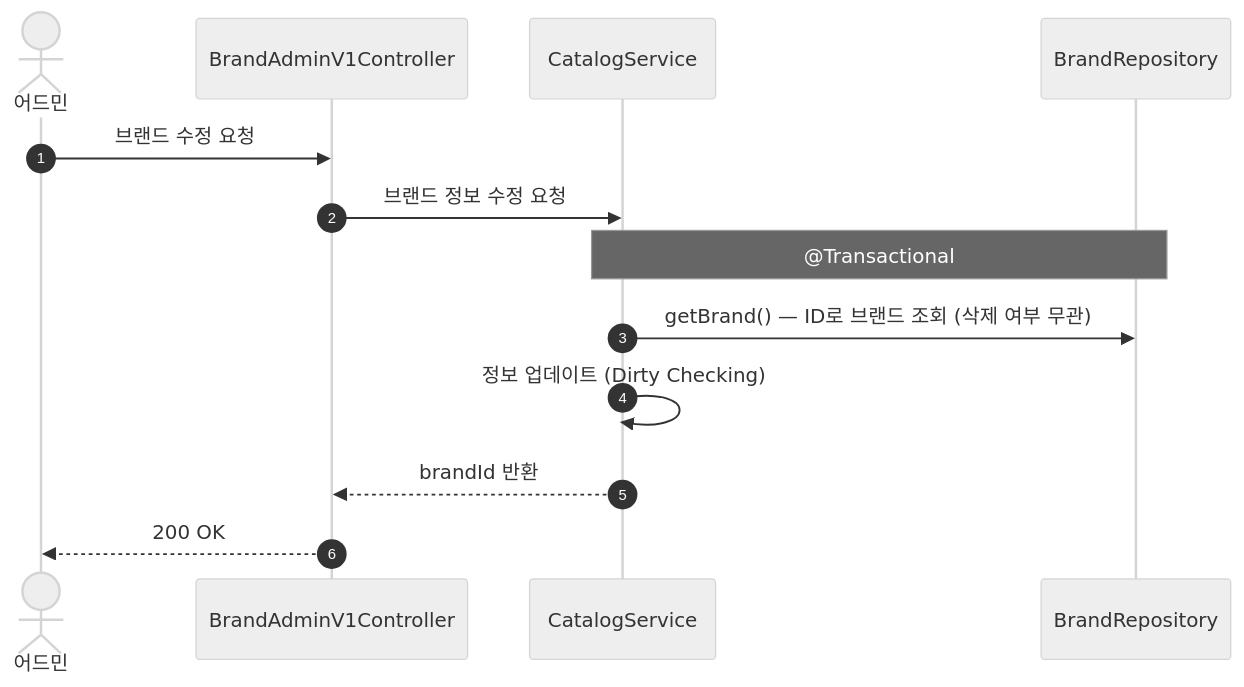
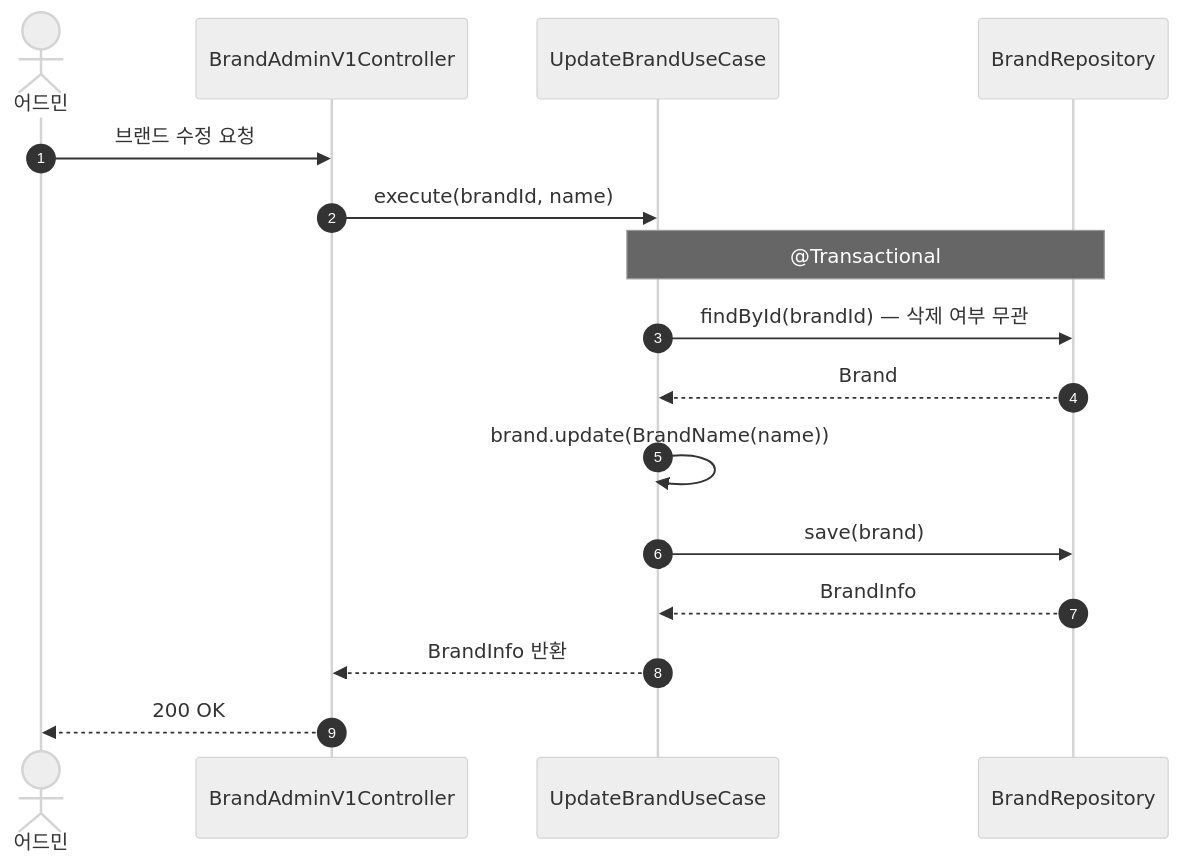
One commit to Loopers-dev-lab/loop-pack-be-l2-vol3-kotlin changed the seventh of 26 diagrams in docs/design/02-sequence-diagrams.md. Above: the diagram before and after it, drawn with Mermaid (neutral theme). The commit also changed other lines of this file and 6 other files, not shown here.

First line of the commit message:
docs: 설계 문서 최신화 — Facade/Service → UseCase 패턴 반영

````diff
--- a/docs/design/02-sequence-diagrams.md
+++ b/docs/design/02-sequence-diagrams.md
@@ -177,15 +173,18 @@
 ```mermaid
 sequenceDiagram
     autonumber
     actor Admin as 어드민
     participant C as BrandAdminV1Controller
-    participant S as CatalogService
+    participant UC as UpdateBrandUseCase
     participant R as BrandRepository
     Admin ->> C: 브랜드 수정 요청
-    C ->> S: 브랜드 정보 수정 요청
-    Note over S, R: @Transactional
-    S ->> R: getBrand() — ID로 브랜드 조회 (삭제 여부 무관)
-    S ->> S: 정보 업데이트 (Dirty Checking)
-    S -->> C: brandId 반환
+    C ->> UC: execute(brandId, name)
+    Note over UC, R: @Transactional
+    UC ->> R: findById(brandId) — 삭제 여부 무관
+    R -->> UC: Brand
+    UC ->> UC: brand.update(BrandName(name))
+    UC ->> R: save(brand)
+    R -->> UC: BrandInfo
+    UC -->> C: BrandInfo 반환
     C -->> Admin: 200 OK
 ```
````
